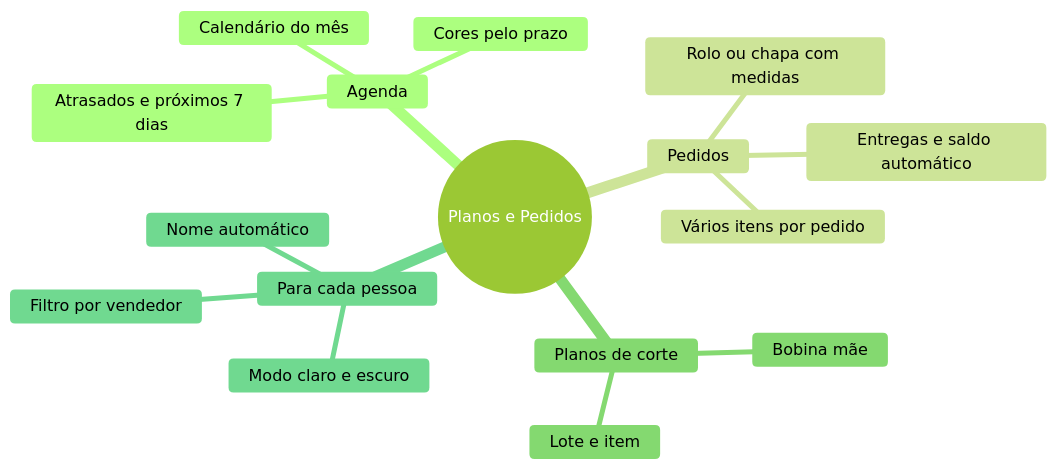
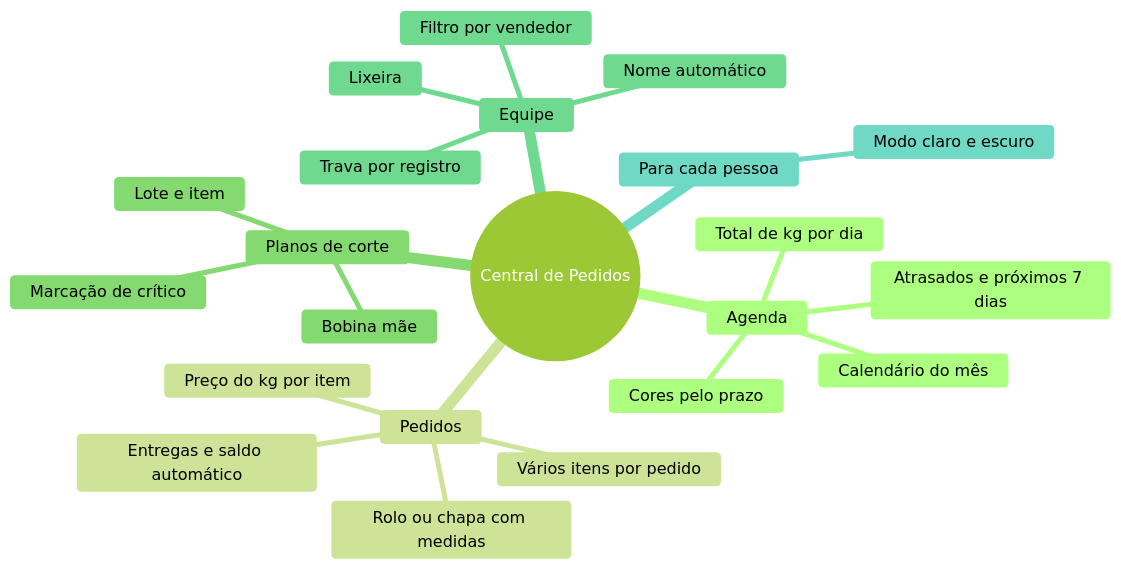
The first of 5 diagrams in README.md (jcesarmph-ui/CentralDePedidos), drawn with Mermaid (forest theme) before and after one commit. The commit also changed other lines of this file and 8 other files, not shown here.

Commit message:
Nome Central de Pedidos e README de portfólio com fotos

````diff
--- a/README.md
+++ b/README.md
@@ -56,19 +59,25 @@
 ```mermaid
 mindmap
-  root((Planos e Pedidos))
+  root((Central de Pedidos))
     Agenda
       Calendário do mês
       Cores pelo prazo
       Atrasados e próximos 7 dias
+      Total de kg por dia
     Pedidos
       Vários itens por pedido
       Rolo ou chapa com medidas
       Entregas e saldo automático
+      Preço do kg por item
     Planos de corte
       Bobina mãe
       Lote e item
+      Marcação de crítico
+    Equipe
+      Nome automático
+      Filtro por vendedor
+      Trava por registro
+      Lixeira
     Para cada pessoa
-      Nome automático
       Modo claro e escuro
-      Filtro por vendedor
 ```
````
